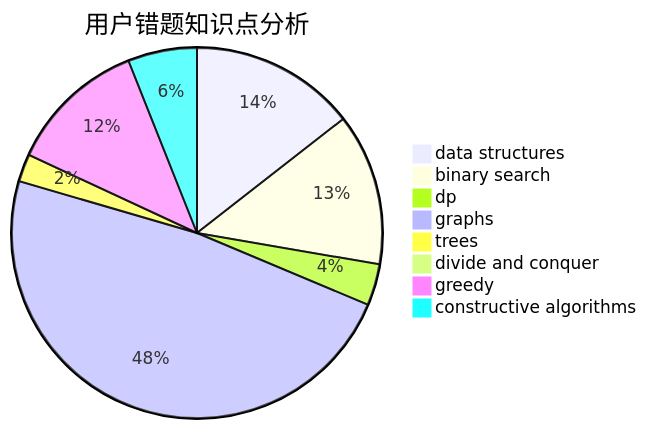
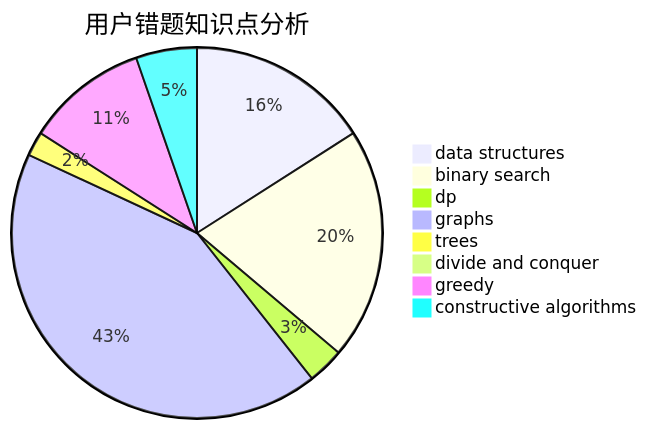
Before and after one commit to sherpahu/cfrs.github.io: the third of 3 diagrams in docs/user/u213.md, drawn with Mermaid. The commit also changed other lines of this file and 2770 other files, not shown here.

````diff
--- a/docs/user/u213.md
+++ b/docs/user/u213.md
@@ -36,11 +36,11 @@
 ```mermaid
 pie title 用户错题知识点分析
-    "data structures" :  12
-    "binary search" :  11
+    "data structures" :  15
+    "binary search" :  19
     "dp" :  3
     "graphs" :  40
     "trees" :  2
     "divide and conquer" :  0
     "greedy" :  10
     "constructive algorithms" :  5
 ```
````
